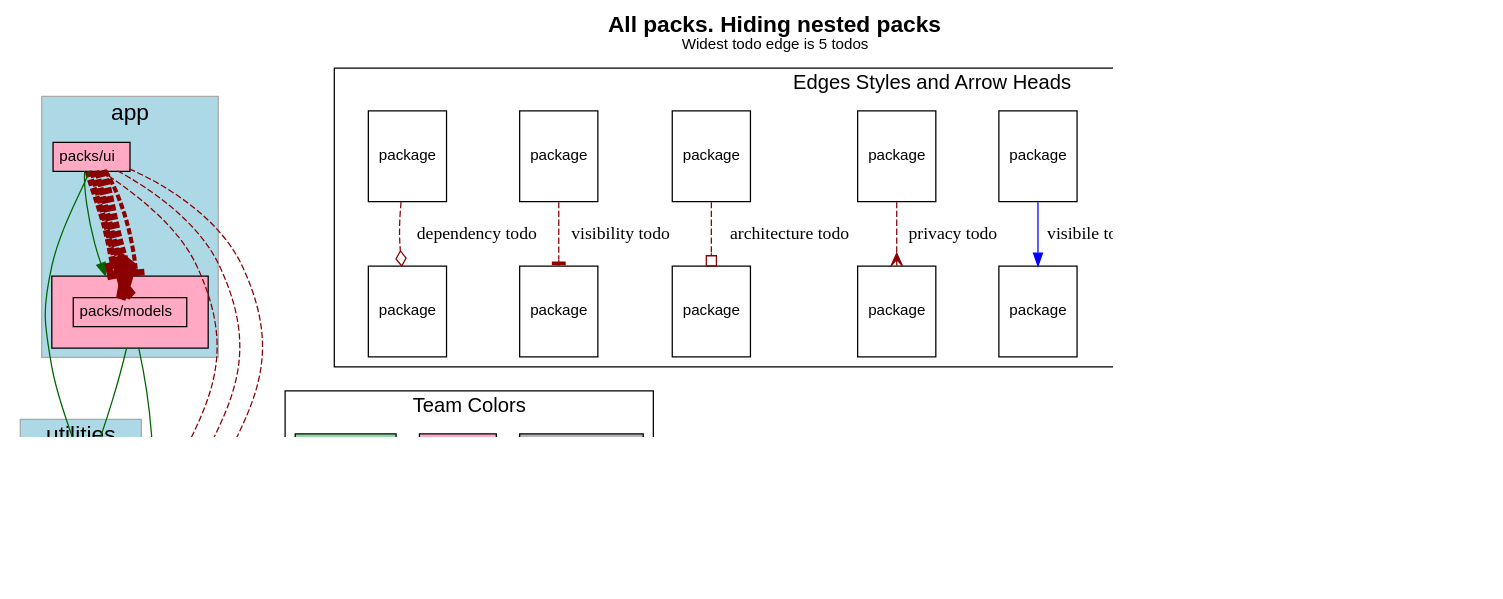
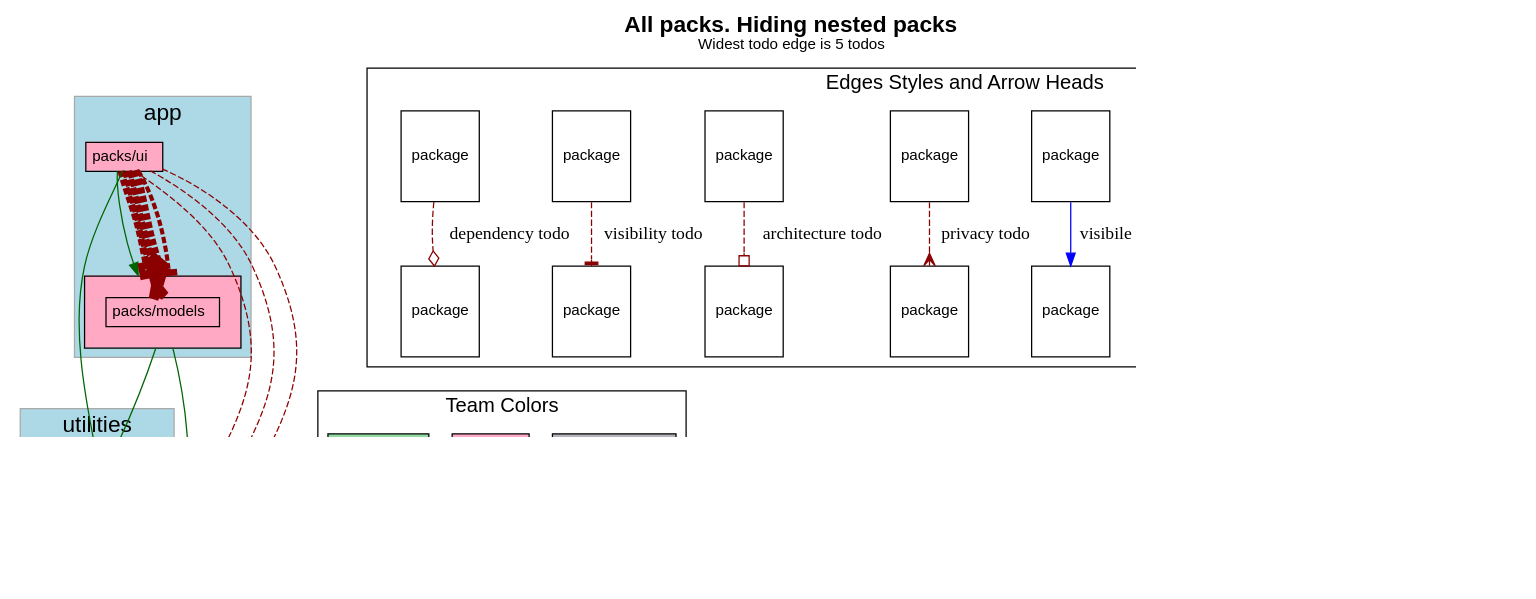
Before and after one commit to rubyatscale/visualize_packs: the diagram in spec/sample_app1/test_output/roll_nested_into_parent_packs.dot, drawn with Graphviz. The commit also changed 29 other files, not shown here.

```diff
--- a/spec/sample_app1/test_output/roll_nested_into_parent_packs.dot
+++ b/spec/sample_app1/test_output/roll_nested_into_parent_packs.dot
@@ -1,198 +1,200 @@
 digraph package_diagram {
   rankdir=TD
   graph [
     labelloc="t"
     fontname="Helvetica,Arial,sans-serif"
     dpi=100
     layout=dot
     label=<<b>All packs. Hiding nested packs</b><br/><font point-size='12'>Widest todo edge is 5 todos</font>>
     fontsize=18
   ]
   node [
     fontname="Helvetica,Arial,sans-serif"
     fontsize=26.0
     fontcolor=black
     fillcolor=white
     color=black
     height=1.0
     style=filled
     shape=plain
   ]
     subgraph app {
       shape=box
       color=darkgrey
       fillcolor=lightblue
       style=filled
         label="app"
         cluster=true
         rank = 0        "packs/models" [
             fontsize=12.0
               URL="https://github.com/rubyatscale/visualize_packwerk/tree/main/spec/sample_app/packs/models"
 
               style=filled
               fillcolor="#FFA9C5"
             label= <
                 <table border='0' cellborder='1' cellspacing='0' cellpadding='16'><tr><td>
                   <table border='0' cellborder='1' cellspacing='0' cellpadding='4'>
                     <tr> <td port='private'> packs/models </td> </tr>
                   </table>
-                </td></tr></table>
+                  </td></tr>
+                  </table>
               >
           ]
         
         "packs/ui" [
             fontsize=12.0
               URL="https://github.com/rubyatscale/visualize_packwerk/tree/main/spec/sample_app/packs/ui"
 
               style=filled
               fillcolor="#FFA9C5"
             label= <
                 <table border='0' cellborder='1' cellspacing='0' cellpadding='4'>
                   <tr> <td align='left'> packs/ui </td> </tr>
                 </table>
               >
           ]
         
     }
     subgraph utilities {
       shape=box
       color=darkgrey
       fillcolor=lightblue
       style=filled
         label="utilities"
         cluster=true
         rank = 1        "packs/utility" [
             fontsize=12.0
               URL="https://github.com/rubyatscale/visualize_packwerk/tree/main/spec/sample_app/packs/utility"
 
               style=filled
               fillcolor="#91DBA0"
             label= <
                 <table border='0' cellborder='1' cellspacing='0' cellpadding='4'>
                   <tr> <td align='left'> packs/utility </td> </tr>
+                  <tr><td CELLPADDING='1' ALIGN='RIGHT'>C: 1, D: 0, R: 1, T: 0</td></tr>
                 </table>
               >
           ]
         
     }
               "packs/models" -> "packs/utility" [ style=invis ]
               "packs/ui" -> "packs/utility" [ style=invis ]
     subgraph NotInLayer {
       shape=box
       color=darkgrey
       fillcolor=lightblue
       style=filled
         cluster=false
         "." [
             fontsize=12.0
               URL="https://github.com/rubyatscale/visualize_packwerk/tree/main/spec/sample_app/"
 
               style=filled
               fillcolor="#B5B4BD"
             label= <
                 <table border='0' cellborder='1' cellspacing='0' cellpadding='4'>
                   <tr> <td align='left'> . </td> </tr>
                 </table>
               >
           ]
         
     }
               "packs/utility" -> "." [ style=invis ]
           "packs/models" -> "packs/utility" [ color=darkgreen ]
           "packs/models" -> "." [ color=darkgreen ]
           "packs/ui" -> "packs/models" [ color=darkgreen ]
           "packs/ui" -> "packs/utility" [ color=darkgreen ]
             "packs/ui" -> "." [
                 constraint=false
               # headlabel="dependency"
 color=darkred style=dashed arrowhead=odiamond
               penwidth=1.0            ]
             "packs/ui" -> "." [
                 constraint=false
               # headlabel="architecture"
 color=darkred style=dashed arrowhead=obox
               penwidth=1.0            ]
             "packs/ui" -> "." [
                 constraint=false
               # headlabel="visibility"
 color=darkred style=dashed arrowhead=tee
               penwidth=1.0            ]
             "packs/ui" -> "packs/models" [
                 constraint=false
               # headlabel="dependency"
 color=darkred style=dashed arrowhead=odiamond
               penwidth=10.0            ]
             "packs/ui" -> "packs/models":private [
                 constraint=false
               # headlabel="privacy"
 color=darkred style=dashed arrowhead=crow
               penwidth=7.75            ]
             "packs/ui" -> "packs/models" [
                 constraint=false
               # headlabel="architecture"
 color=darkred style=dashed arrowhead=obox
               penwidth=5.5            ]
             "packs/ui" -> "packs/models" [
                 constraint=false
               # headlabel="visibility"
 color=darkred style=dashed arrowhead=tee
               penwidth=3.25            ]
     subgraph cluster_legend {
       fontsize=16
       label="Edges Styles and Arrow Heads"
       A [ fontsize=12 shape=box label="package"]
       B [ fontsize=12 shape=box label="package"]
       A -> B [label="accepted dependency" color=darkgreen]
       K [ fontsize=12 shape=box label="package"]
       L [ fontsize=12 shape=box label="package"]
       K -> L [label="nested package" color=purple]
       M [ fontsize=12 shape=box label="package"]
       N [ fontsize=12 shape=box label="package"]
       M -> N [label="visibile to" color=blue]
       C [ fontsize=12 shape=box label="package"]
       D [ fontsize=12 shape=box label="package"]
       C -> D [label="privacy todo" color=darkred style=dashed arrowhead=crow]
       E [ fontsize=12 shape=box label="package"]
       F [ fontsize=12 shape=box label="package"]
       E -> F [label="architecture todo" color=darkred style=dashed arrowhead=obox]
       G [ fontsize=12 shape=box label="package"]
       H [ fontsize=12 shape=box label="package"]
       G -> H [label="visibility todo" color=darkred style=dashed arrowhead=tee]
       I [ fontsize=12 shape=box label="package"]
       J [ fontsize=12 shape=box label="package"]
       I -> J [label="dependency todo" color=darkred style=dashed arrowhead=odiamond]
       LEGEND_NODE_1 [ label="" peripheries=0 height=0 width=0 style=invis ]
       LEGEND_NODE_2 [ label="" peripheries=0 height=0 width=0 style=invis ]
       LEGEND_NODE_1 -> LEGEND_NODE_2 [ style=invis ]
     }
   subgraph cluster_teams_legend {
     fontsize=16
     label="Team Colors"
 
       "ProdInfra TeamProdInfra Team" [
         label="ProdInfra Team"
         style=filled
         fillcolor="#B5B4BD"
         fontsize=12
         shape=box
       ]
 
       "UI TeamUI Team" [
         label="UI Team"
         style=filled
         fillcolor="#FFA9C5"
         fontsize=12
         shape=box
       ]
 
       "Utility TeamUtility Team" [
         label="Utility Team"
         style=filled
         fillcolor="#91DBA0"
         fontsize=12
         shape=box
       ]
 
   }
     LEGEND_NODE_2 -> "Utility TeamUtility Team" [style=invis]
 }
```
